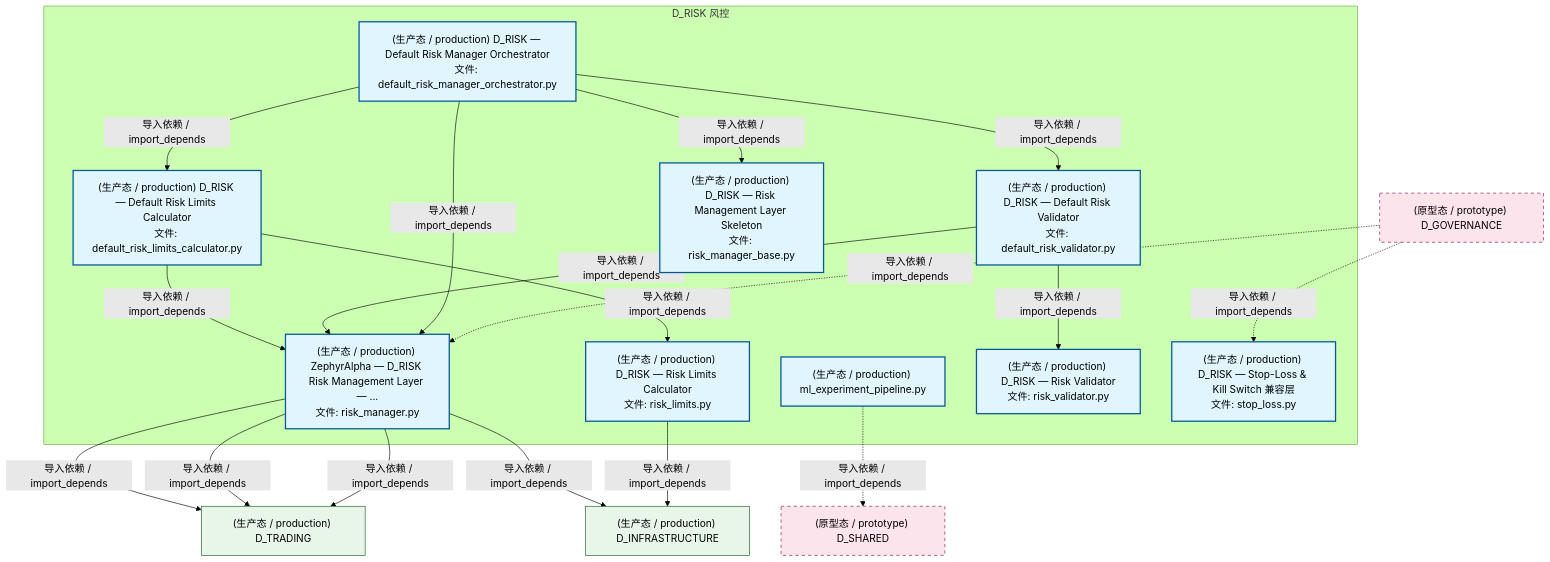
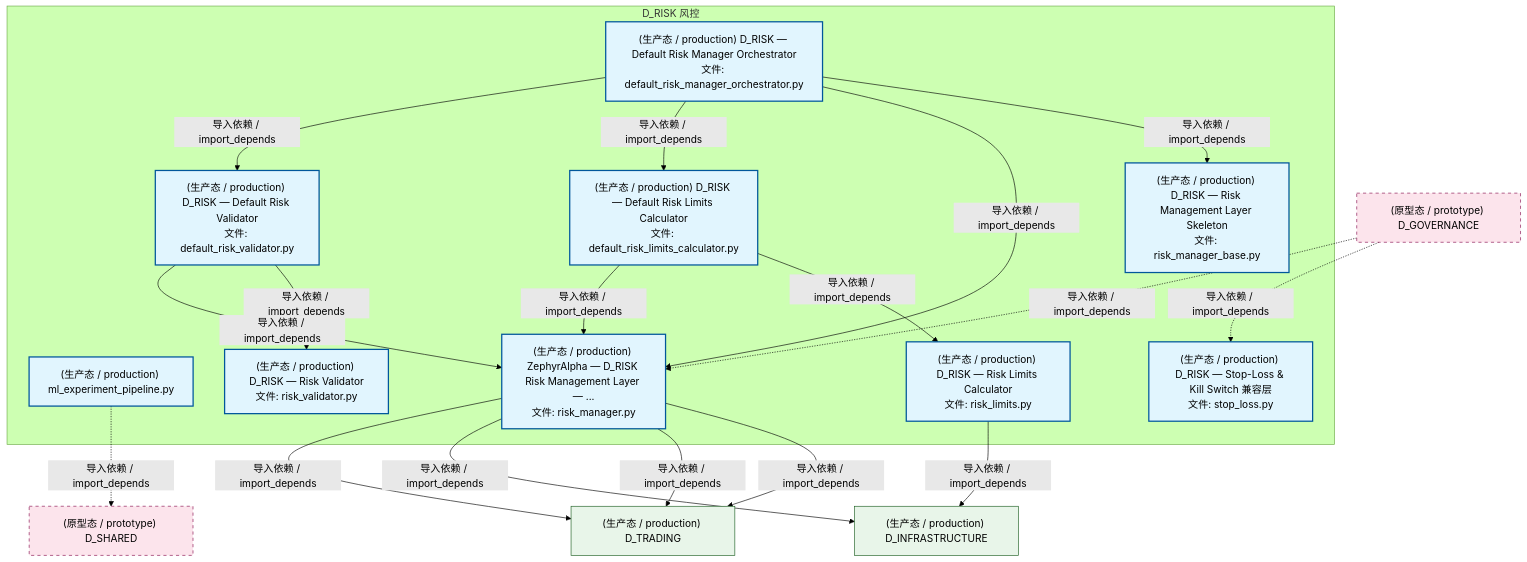
The second of 4 diagrams in docs/02_enterprise_architecture/02_domain_architecture_docs/54_d_risk.md (xuanFelixVan/ZephyrAlpha), drawn with Mermaid (forest theme) before and after one commit. The commit also changed other lines of this file and 85 other files, not shown here.

````diff
--- a/docs/02_enterprise_architecture/02_domain_architecture_docs/54_d_risk.md
+++ b/docs/02_enterprise_architecture/02_domain_architecture_docs/54_d_risk.md
@@ -187,41 +187,41 @@
 ```mermaid
 graph TD
     subgraph D_RISK["D_RISK 风控"]
         src_zephyr_risk_cross_asset_cross_market_data_adapter_ml_experiment_pipeline_py["(生产态 / production) ml_experiment_pipeline.py"]
         src_zephyr_risk_implementations_default_risk_limits_calculator_py["(生产态 / production) D_RISK — Default Risk Limits Calculator<br/>文件: default_risk_limits_calculator.py"]
         src_zephyr_risk_implementations_default_risk_manager_orchestrator_py["(生产态 / production) D_RISK — Default Risk Manager Orchestrator<br/>文件: default_risk_manager_orchestrator.py"]
         src_zephyr_risk_implementations_default_risk_validator_py["(生产态 / production) D_RISK — Default Risk Validator<br/>文件: default_risk_validator.py"]
         src_zephyr_risk_risk_limits_py["(生产态 / production) D_RISK — Risk Limits Calculator<br/>文件: risk_limits.py"]
         src_zephyr_risk_risk_manager_py["(生产态 / production) ZephyrAlpha — D_RISK Risk Management Layer — ...<br/>文件: risk_manager.py"]
         src_zephyr_risk_risk_manager_base_py["(生产态 / production) D_RISK — Risk Management Layer Skeleton<br/>文件: risk_manager_base.py"]
         src_zephyr_risk_risk_validator_py["(生产态 / production) D_RISK — Risk Validator<br/>文件: risk_validator.py"]
         src_zephyr_risk_stop_loss_py["(生产态 / production) D_RISK — Stop-Loss & Kill Switch 兼容层<br/>文件: stop_loss.py"]
     end
     src_zephyr_risk_implementations_default_risk_limits_calculator_py -->|导入依赖 / import_depends| src_zephyr_risk_risk_limits_py
     src_zephyr_risk_implementations_default_risk_limits_calculator_py -->|导入依赖 / import_depends| src_zephyr_risk_risk_manager_py
     src_zephyr_risk_implementations_default_risk_validator_py -->|导入依赖 / import_depends| src_zephyr_risk_risk_validator_py
     src_zephyr_risk_implementations_default_risk_validator_py -->|导入依赖 / import_depends| src_zephyr_risk_risk_manager_py
     src_zephyr_risk_implementations_default_risk_manager_orchestrator_py -->|导入依赖 / import_depends| src_zephyr_risk_risk_manager_base_py
     src_zephyr_risk_implementations_default_risk_manager_orchestrator_py -->|导入依赖 / import_depends| src_zephyr_risk_risk_manager_py
     src_zephyr_risk_implementations_default_risk_manager_orchestrator_py -->|导入依赖 / import_depends| src_zephyr_risk_implementations_default_risk_limits_calculator_py
     src_zephyr_risk_implementations_default_risk_manager_orchestrator_py -->|导入依赖 / import_depends| src_zephyr_risk_implementations_default_risk_validator_py
+    D_INFRASTRUCTURE["(生产态 / production) D_INFRASTRUCTURE"]
+    src_zephyr_risk_risk_limits_py -->|导入依赖 / import_depends| D_INFRASTRUCTURE
     D_TRADING["(生产态 / production) D_TRADING"]
     src_zephyr_risk_risk_manager_py -->|导入依赖 / import_depends| D_TRADING
     src_zephyr_risk_risk_manager_py -->|导入依赖 / import_depends| D_TRADING
-    D_INFRASTRUCTURE["(生产态 / production) D_INFRASTRUCTURE"]
     src_zephyr_risk_risk_manager_py -->|导入依赖 / import_depends| D_INFRASTRUCTURE
-    src_zephyr_risk_risk_manager_py -->|导入依赖 / import_depends| D_TRADING
-    src_zephyr_risk_risk_limits_py -->|导入依赖 / import_depends| D_INFRASTRUCTURE
     D_SHARED["(原型态 / prototype) D_SHARED"]
     src_zephyr_risk_cross_asset_cross_market_data_adapter_ml_experiment_pipeline_py -.->|导入依赖 / import_depends| D_SHARED
+    src_zephyr_risk_risk_manager_py -->|导入依赖 / import_depends| D_TRADING
     D_GOVERNANCE["(原型态 / prototype) D_GOVERNANCE"]
     D_GOVERNANCE -.->|导入依赖 / import_depends| src_zephyr_risk_stop_loss_py
     D_GOVERNANCE -.->|导入依赖 / import_depends| src_zephyr_risk_risk_manager_py
     classDef production fill:#e1f5fe,stroke:#01579b,stroke-width:2px,color:#000
     classDef design fill:#fff3e0,stroke:#e65100,stroke-width:2px,color:#000,stroke-dasharray: 5 5
     classDef external_prod fill:#e8f5e9,stroke:#1b5e20,stroke-width:1px,color:#000
     classDef external_design fill:#fce4ec,stroke:#880e4f,stroke-width:1px,color:#000,stroke-dasharray: 5 5
     class src_zephyr_risk_cross_asset_cross_market_data_adapter_ml_experiment_pipeline_py,src_zephyr_risk_implementations_default_risk_limits_calculator_py,src_zephyr_risk_implementations_default_risk_manager_orchestrator_py,src_zephyr_risk_implementations_default_risk_validator_py,src_zephyr_risk_risk_limits_py,src_zephyr_risk_risk_manager_py,src_zephyr_risk_risk_manager_base_py,src_zephyr_risk_risk_validator_py,src_zephyr_risk_stop_loss_py production
-    class D_TRADING,D_INFRASTRUCTURE external_prod
+    class D_INFRASTRUCTURE,D_TRADING external_prod
     class D_SHARED,D_GOVERNANCE external_design
 ```
````
